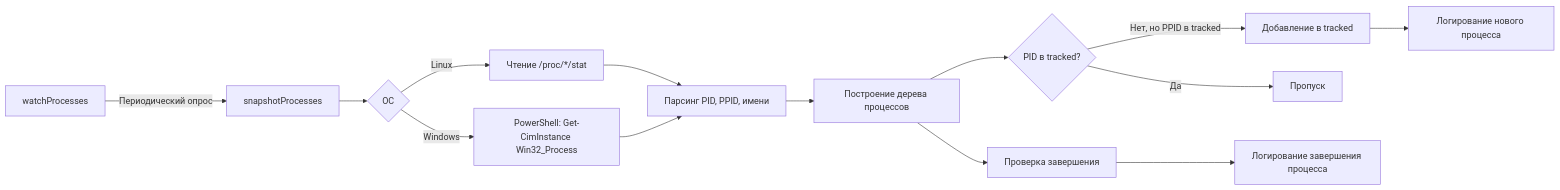
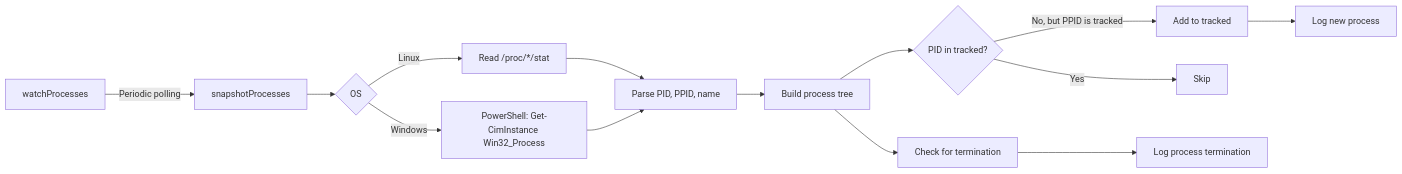
Before and after one commit to phrensied/procwatch: the second of 4 diagrams in README.md, drawn with Mermaid. The commit also changed other lines of this file, not shown here.

````diff
--- a/README.md
+++ b/README.md
@@ -50,16 +50,16 @@
 ```mermaid
 flowchart LR
-    A[watchProcesses] -->|Периодический опрос| B[snapshotProcesses]
-    B --> C{ОС}
-    C -->|Linux| D[Чтение /proc/*/stat]
+    A[watchProcesses] -->|Periodic polling| B[snapshotProcesses]
+    B --> C{OS}
+    C -->|Linux| D[Read /proc/*/stat]
     C -->|Windows| E[PowerShell: Get-CimInstance Win32_Process]
-    D --> F[Парсинг PID, PPID, имени]
+    D --> F[Parse PID, PPID, name]
     E --> F
-    F --> G[Построение дерева процессов]
-    G --> H{PID в tracked?}
-    H -->|Нет, но PPID в tracked| I[Добавление в tracked]
-    H -->|Да| J[Пропуск]
-    I --> K[Логирование нового процесса]
-    G --> L[Проверка завершения]
-    L --> M[Логирование завершения процесса]
+    F --> G[Build process tree]
+    G --> H{PID in tracked?}
+    H -->|No, but PPID is tracked| I[Add to tracked]
+    H -->|Yes| J[Skip]
+    I --> K[Log new process]
+    G --> L[Check for termination]
+    L --> M[Log process termination]
 ```
````
